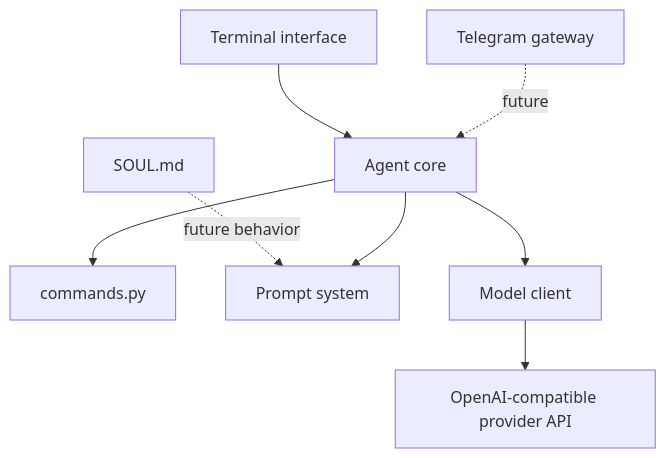
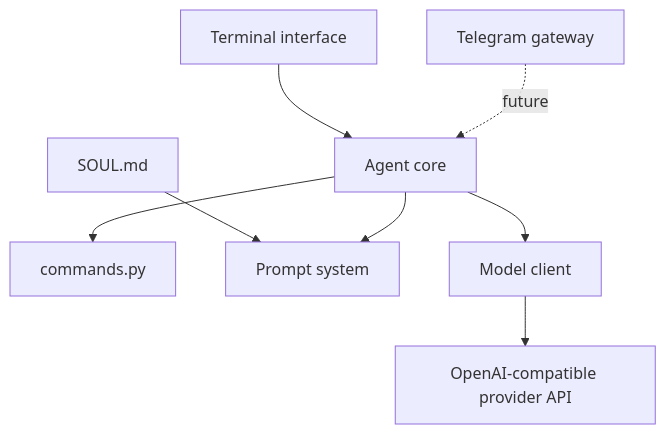
The second of 2 diagrams in ARCHITECTURE.md (dosment/Secan), drawn with Mermaid before and after one commit. The commit also changed other lines of this file and 2 other files, not shown here.

Commit message:
Integrate SOUL.md

````diff
--- a/ARCHITECTURE.md
+++ b/ARCHITECTURE.md
@@ -28,10 +30,10 @@
 ```mermaid
 flowchart TD
     Terminal[Terminal interface] --> Agent[Agent core]
     Telegram[Telegram gateway] -. future .-> Agent
     Agent --> Commands[commands.py]
-    Soul[SOUL.md] -. future behavior .-> Prompts[Prompt system]
+    Soul[SOUL.md] --> Prompts[Prompt system]
     Agent --> Prompts
     Agent --> Model[Model client]
     Model --> Provider[OpenAI-compatible provider API]
 ```
````
